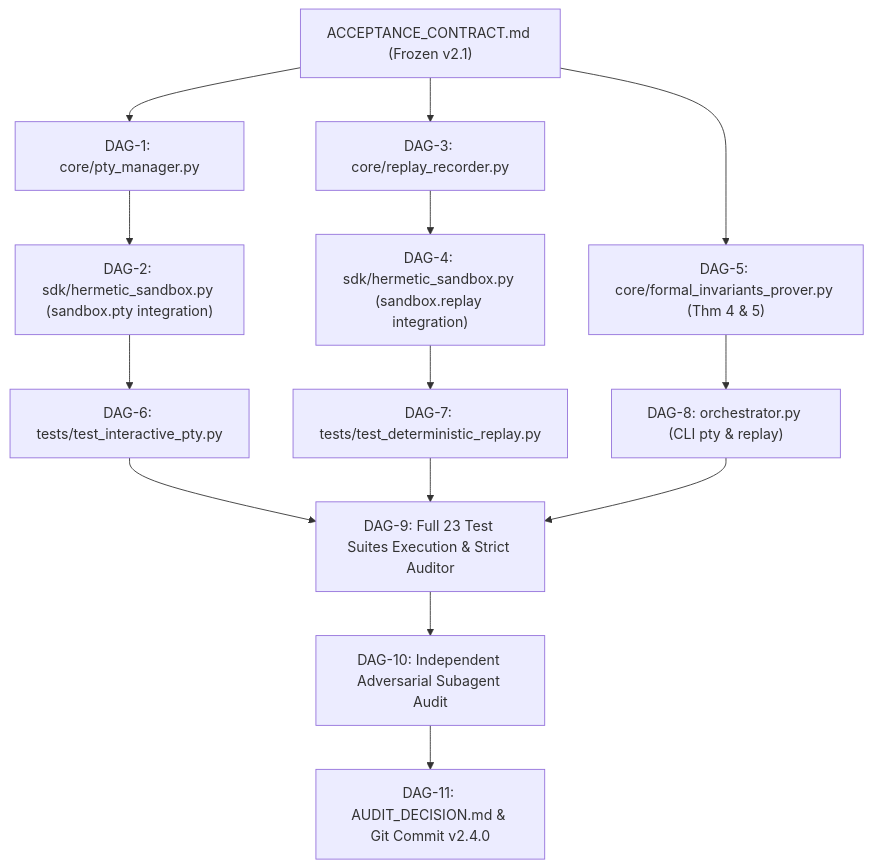
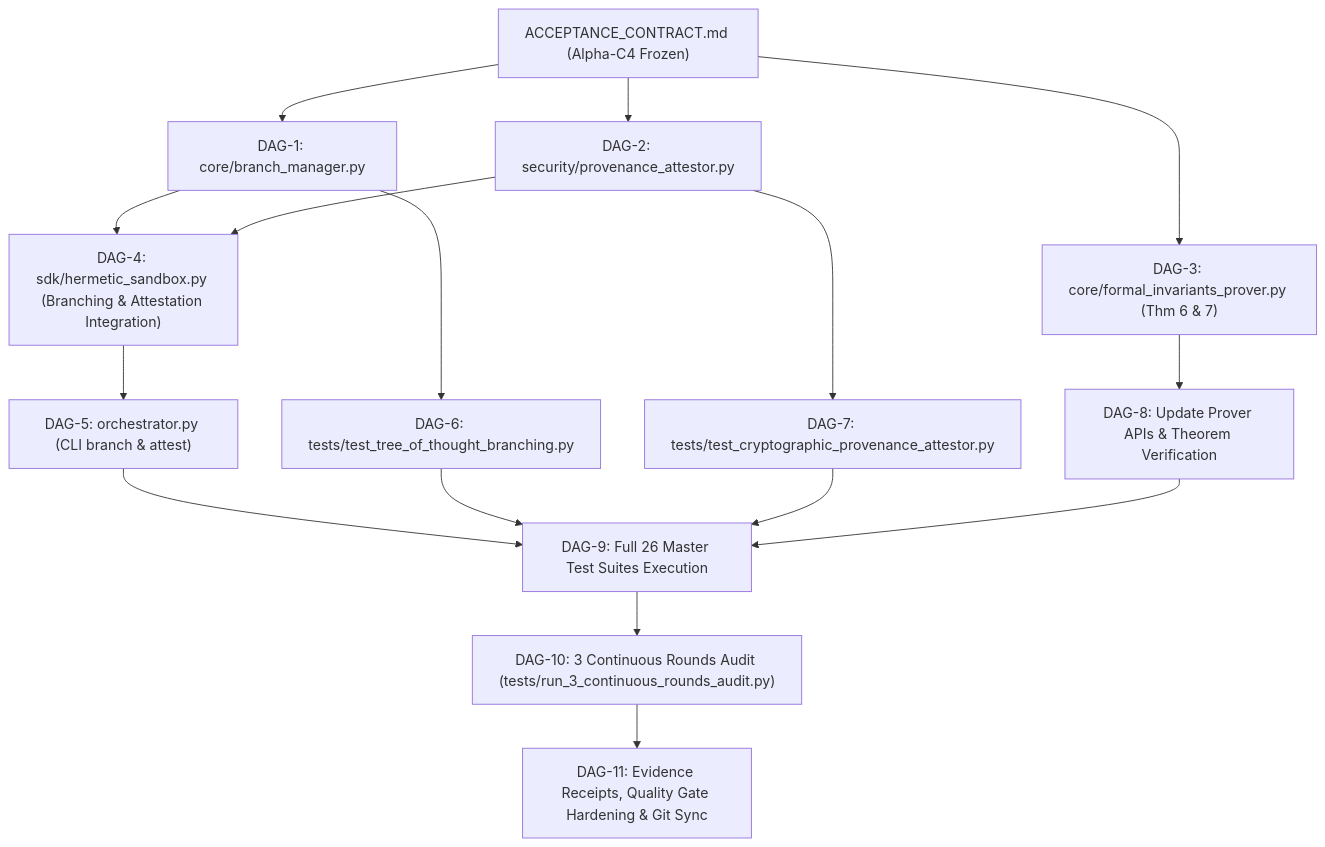
One commit to juan3861/hermetic-microvm-sandbox changed the diagram in engineering_evidence/EXECUTION_ROADMAP.md. Above: the diagram before and after it, drawn with Mermaid. The commit also changed other lines of this file and 32 other files, not shown here.

Commit message:
feat(apex): v2.5.0 release with Tree-of-Thought Branching, SLSA Provenance Attestation, 7 Z3 Theorems, and Alpha-C4 Certification (26/26 Suites)

````diff
--- a/engineering_evidence/EXECUTION_ROADMAP.md
+++ b/engineering_evidence/EXECUTION_ROADMAP.md
@@ -9,20 +9,22 @@
 ```mermaid
 flowchart TD
-    Contract["ACCEPTANCE_CONTRACT.md (Frozen v2.1)"] --> D1["DAG-1: core/pty_manager.py"]
-    Contract --> D3["DAG-3: core/replay_recorder.py"]
-    Contract --> D5["DAG-5: core/formal_invariants_prover.py (Thm 4 & 5)"]
+    Contract["ACCEPTANCE_CONTRACT.md (Alpha-C4 Frozen)"] --> T1["DAG-1: core/branch_manager.py"]
+    Contract --> T2["DAG-2: security/provenance_attestor.py"]
+    Contract --> T3["DAG-3: core/formal_invariants_prover.py (Thm 6 & 7)"]
     
-    D1 --> D2["DAG-2: sdk/hermetic_sandbox.py (sandbox.pty integration)"]
-    D3 --> D4["DAG-4: sdk/hermetic_sandbox.py (sandbox.replay integration)"]
+    T1 --> T4["DAG-4: sdk/hermetic_sandbox.py (Branching & Attestation Integration)"]
+    T2 --> T4
+    T4 --> T5["DAG-5: orchestrator.py (CLI branch & attest)"]
     
-    D2 --> D6["DAG-6: tests/test_interactive_pty.py"]
-    D4 --> D7["DAG-7: tests/test_deterministic_replay.py"]
-    D5 --> D8["DAG-8: orchestrator.py (CLI pty & replay)"]
+    T1 --> T6["DAG-6: tests/test_tree_of_thought_branching.py"]
+    T2 --> T7["DAG-7: tests/test_cryptographic_provenance_attestor.py"]
+    T3 --> T8["DAG-8: Update Prover APIs & Theorem Verification"]
     
-    D6 --> D9["DAG-9: Full 23 Test Suites Execution & Strict Auditor"]
-    D7 --> D9
-    D8 --> D9
+    T5 --> T9["DAG-9: Full 26 Master Test Suites Execution"]
+    T6 --> T9
+    T7 --> T9
+    T8 --> T9
     
-    D9 --> D10["DAG-10: Independent Adversarial Subagent Audit"]
-    D10 --> D11["DAG-11: AUDIT_DECISION.md & Git Commit v2.4.0"]
+    T9 --> T10["DAG-10: 3 Continuous Rounds Audit (tests/run_3_continuous_rounds_audit.py)"]
+    T10 --> T11["DAG-11: Evidence Receipts, Quality Gate Hardening & Git Sync"]
 ```
````
